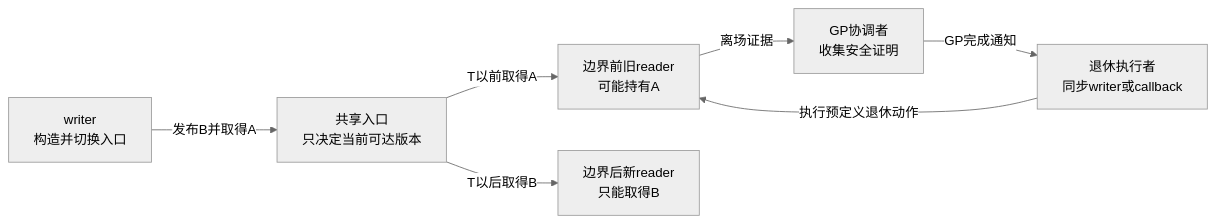
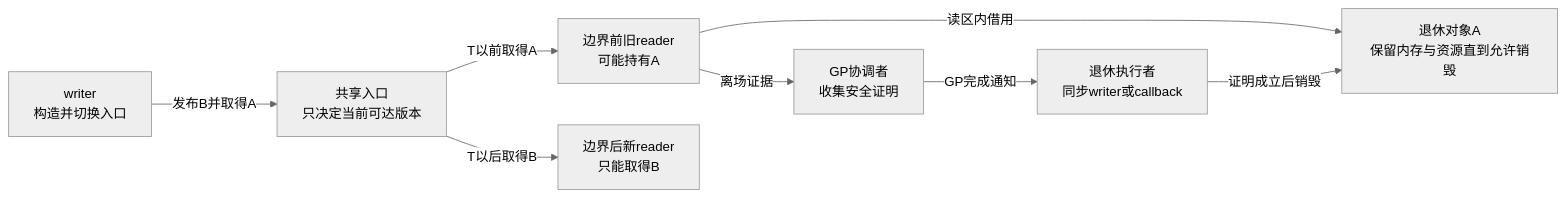
Before and after one commit to FormingSystem/linux_note: the second of 3 diagrams in knowledge/linux/synchronization_and_asynchrony/synchronization/rcu/P02_RCU_抽象机制推演.md, drawn with Mermaid (neutral theme). The commit also changed other lines of this file and 6 other files, not shown here.

````diff
--- a/knowledge/linux/synchronization_and_asynchrony/synchronization/rcu/P02_RCU_抽象机制推演.md
+++ b/knowledge/linux/synchronization_and_asynchrony/synchronization/rcu/P02_RCU_抽象机制推演.md
@@ -173,16 +179,18 @@
 ```mermaid
 flowchart LR
     W["writer<br/>构造并切换入口"]
     E["共享入口<br/>只决定当前可达版本"]
     OR["边界前旧reader<br/>可能持有A"]
     NR["边界后新reader<br/>只能取得B"]
     GP["GP协调者<br/>收集安全证明"]
     RT["退休执行者<br/>同步writer或callback"]
+    A["退休对象A<br/>保留内存与资源直到允许销毁"]
 
     W -->|"发布B并取得A"| E
     E -->|"T以前取得A"| OR
     E -->|"T以后取得B"| NR
     OR -->|"离场证据"| GP
     GP -->|"GP完成通知"| RT
-    RT -->|"执行预定义退休动作"| OR
+    OR -->|"读区内借用"| A
+    RT -->|"证明成立后销毁"| A
 ```
````
